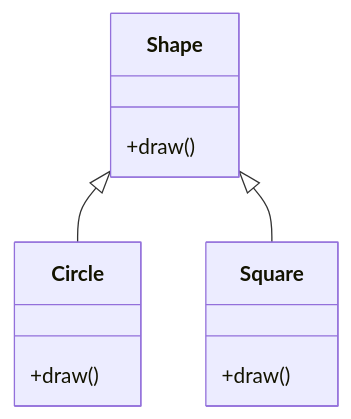
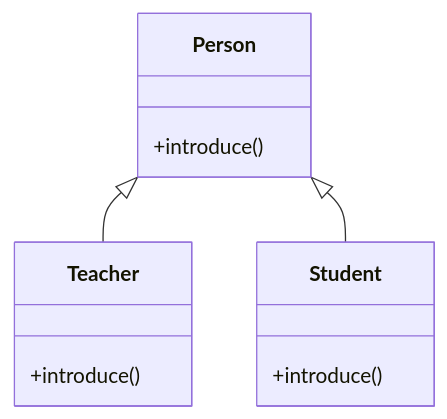
One commit to DanielCreggOrganization/w10-lab-polymorphism-danielcregg changed the first of 4 diagrams in README.md. Above: the diagram before and after it, drawn with Mermaid. The commit also changed other lines of this file, not shown here.

````diff
--- a/README.md
+++ b/README.md
@@ -47,14 +44,14 @@
 ```mermaid
 classDiagram
-    Shape <|-- Circle
-    Shape <|-- Square
-    class Shape{
-        +draw()
+    Person <|-- Teacher
+    Person <|-- Student
+    class Person{
+        +introduce()
     }
-    class Circle{
-        +draw()
+    class Teacher{
+        +introduce()
     }
-    class Square{
-        +draw()
+    class Student{
+        +introduce()
     }
 ```
````
